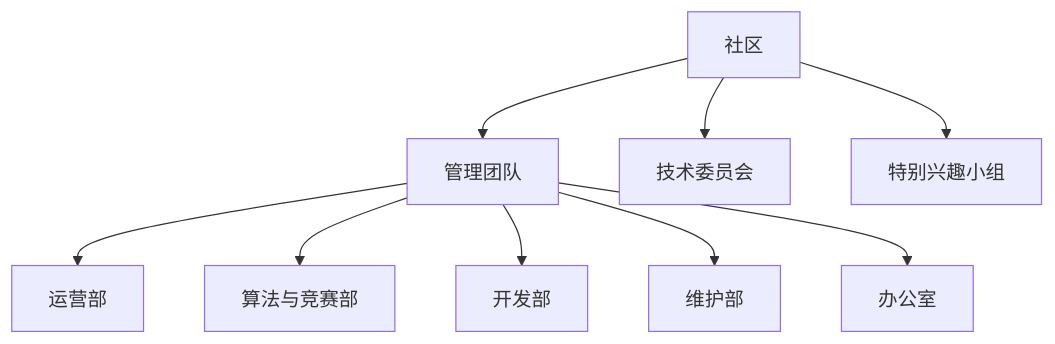
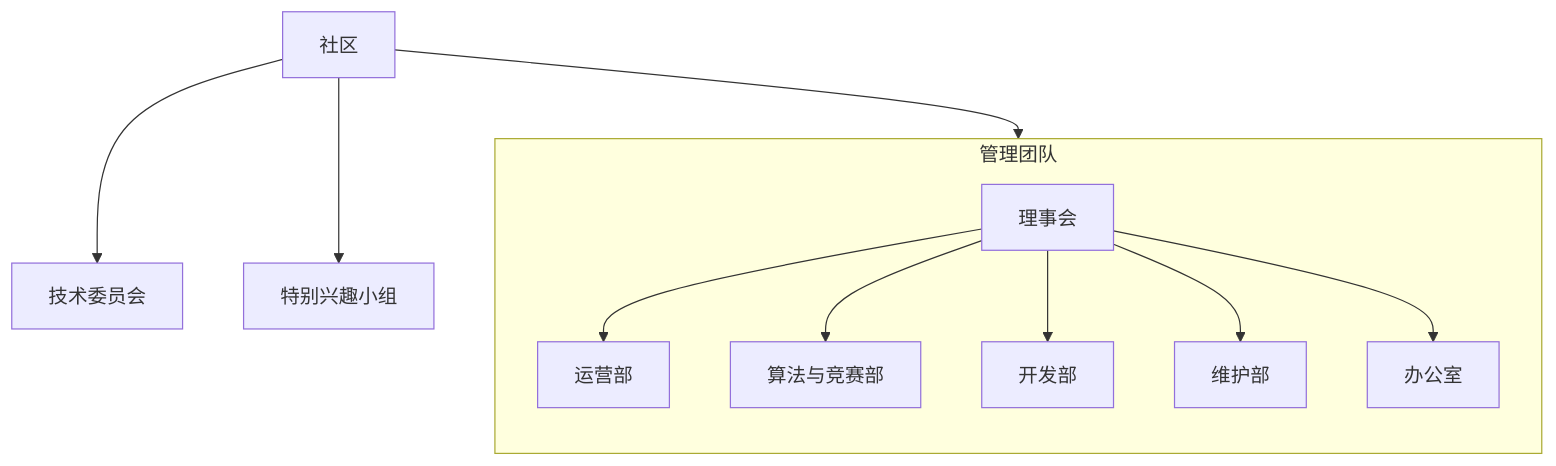
One commit to BUCM-Community/community-info changed the first of 3 diagrams in constitution.md. Above: the diagram before and after it, drawn with Mermaid. The commit also changed other lines of this file, not shown here.

````diff
--- a/constitution.md
+++ b/constitution.md
@@ -124,12 +128,14 @@
 ```mermaid
-graph TB;
-    A[社区] --> B[管理团队];
-    A --> C[技术委员会];
-    A --> D[特别兴趣小组];
-
-    B --> B1[运营部];
-    B --> B2[算法与竞赛部];
-    B --> B3[开发部];
-    B --> B4[维护部];
-    B --> B5[办公室];
+graph TB
+    A[社区] --> B[理事会]
+    subgraph 管理团队
+        direction TB
+        B --> B1[运营部]
+        B --> B2[算法与竞赛部]
+        B --> B3[开发部]
+        B --> B4[维护部]
+        B --> B5[办公室]
+    end
+    A --> C[技术委员会]
+    A --> D[特别兴趣小组]
 ```
````
